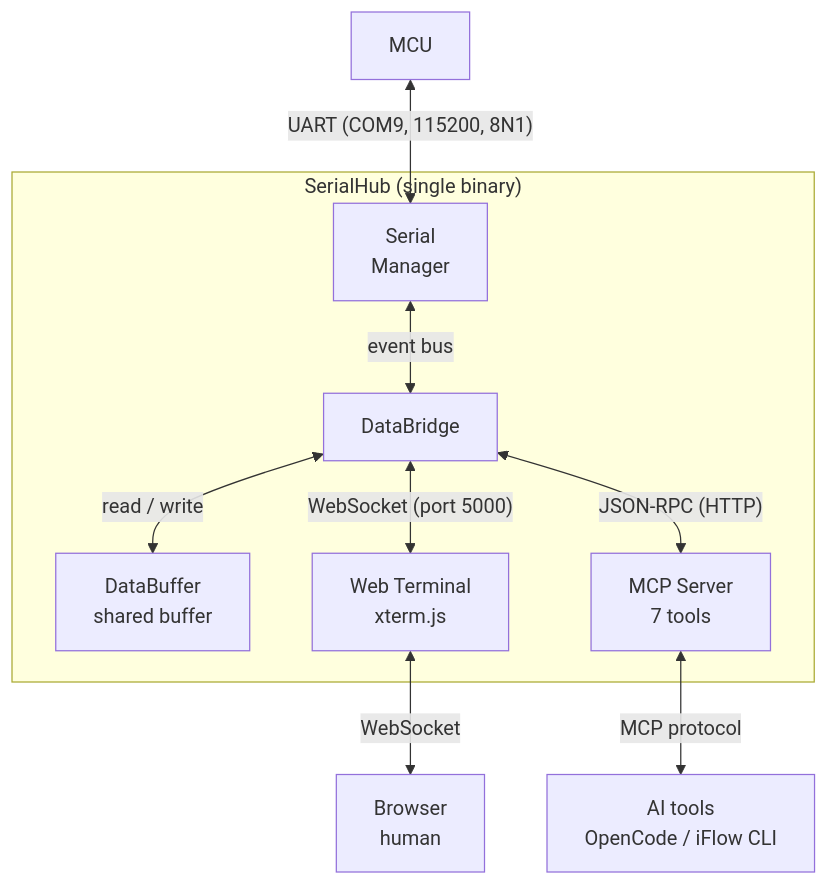
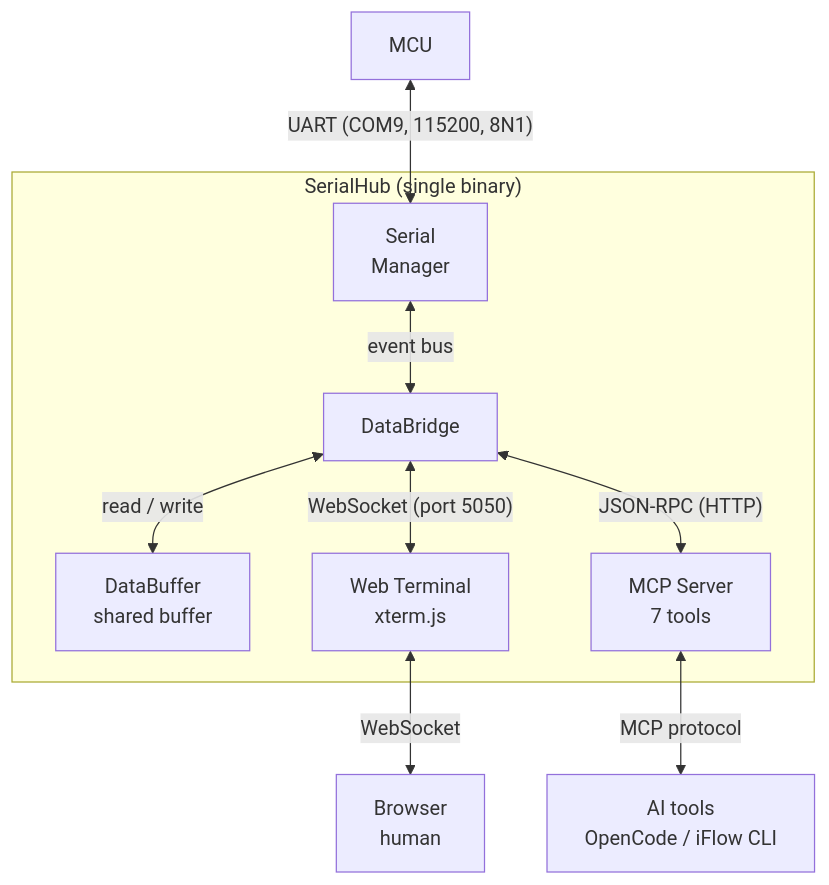
The diagram in README.en.md (dongly/SerialHub), drawn with Mermaid before and after one commit. The commit also changed other lines of this file and 23 other files, not shown here.

````diff
--- a/README.en.md
+++ b/README.en.md
@@ -21,14 +21,14 @@
 ```mermaid
 flowchart TB
     MCU["MCU"] <-->|"UART (COM9, 115200, 8N1)"| Serial["Serial<br/>Manager"]
 
     subgraph SerialHub["SerialHub (single binary)"]
         Serial <-->|"event bus"| Bridge["DataBridge"]
         Bridge <-->|"read / write"| Buffer["DataBuffer<br/>shared buffer"]
-        Bridge <-->|"WebSocket (port 5000)"| Web["Web Terminal<br/>xterm.js"]
+        Bridge <-->|"WebSocket (port 5050)"| Web["Web Terminal<br/>xterm.js"]
         Bridge <-->|"JSON-RPC (HTTP)"| MCP["MCP Server<br/>7 tools"]
     end
 
     Web <-->|"WebSocket"| Browser["Browser<br/>human"]
     MCP <-->|"MCP protocol"| AI["AI tools<br/>OpenCode / iFlow CLI"]
 ```
````
